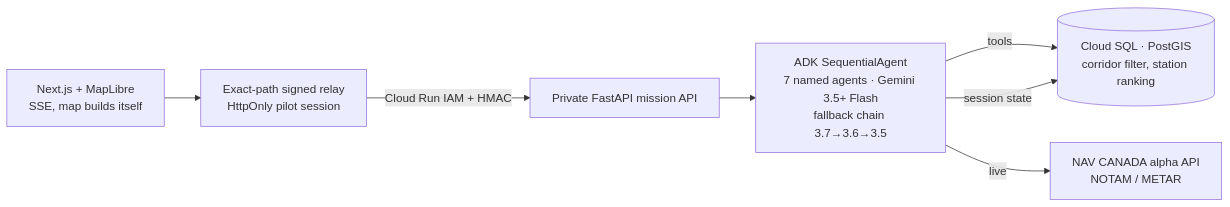
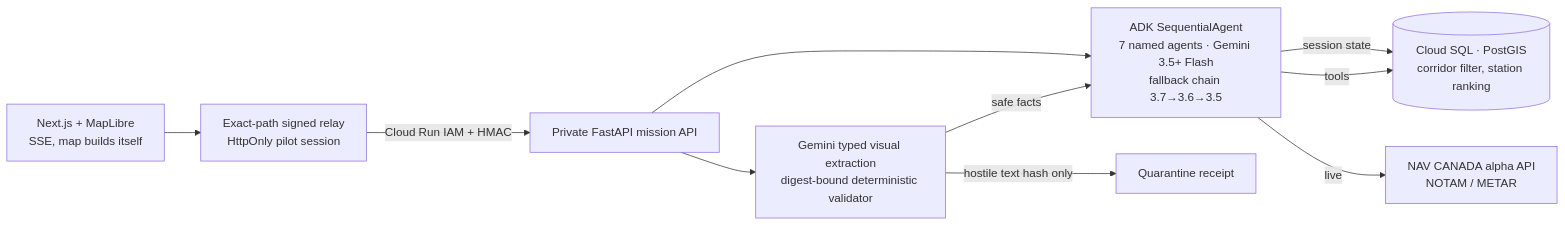
Before and after one commit to Zen-cronic/waterline: the diagram in README.md, drawn with Mermaid. The commit also changed other lines of this file and 17 other files, not shown here.

````diff
--- a/README.md
+++ b/README.md
@@ -40,9 +41,12 @@
 ```mermaid
 flowchart LR
   UI[Next.js + MapLibre<br/>SSE, map builds itself] --> RELAY[Exact-path signed relay<br/>HttpOnly pilot session]
   RELAY -- Cloud Run IAM + HMAC --> SVC[Private FastAPI mission API]
+  SVC --> VISION[Gemini typed visual extraction<br/>digest-bound deterministic validator]
+  VISION -- safe facts --> ADK
+  VISION -- hostile text hash only --> QUAR[Quarantine receipt]
   SVC --> ADK[ADK SequentialAgent<br/>7 named agents · Gemini 3.5+ Flash<br/>fallback chain 3.7→3.6→3.5]
   ADK -- tools --> PG[(Cloud SQL · PostGIS<br/>corridor filter, station ranking)]
   ADK -- live --> NAV[NAV CANADA alpha API<br/>NOTAM / METAR]
   ADK -- session state --> PG
 ```
````
